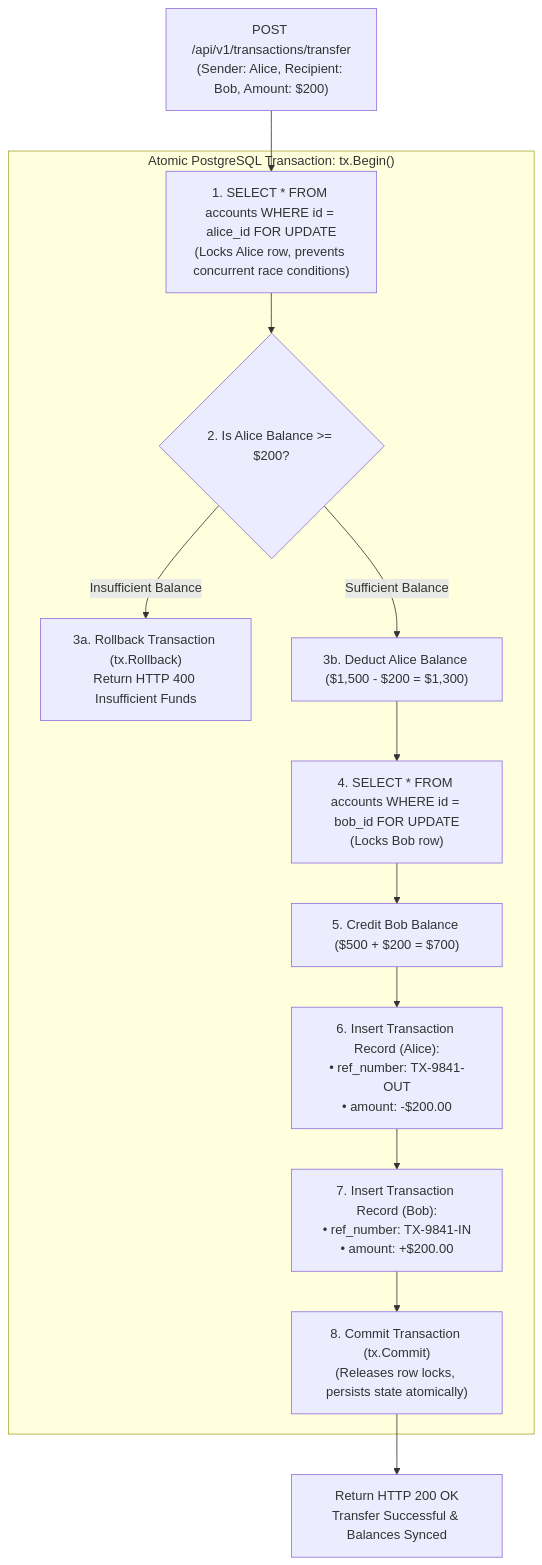
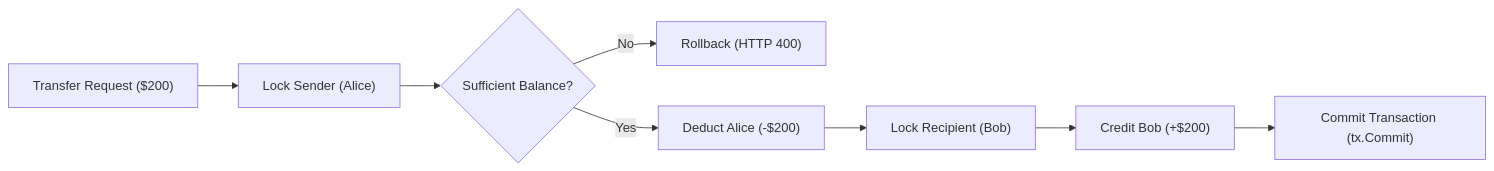
The second of 2 diagrams in backend/core/ARCHITECTURE.md (tirenn/bank), drawn with Mermaid before and after one commit. The commit also changed other lines of this file and 3 other files, not shown here.

Commit message:
docs: initialize architecture documentation for frontend and backend services

````diff
--- a/backend/core/ARCHITECTURE.md
+++ b/backend/core/ARCHITECTURE.md
@@ -101,33 +51,10 @@
 ```mermaid
-flowchart TD
-    StartTx["POST /api/v1/transactions/transfer<br/>(Sender: Alice, Recipient: Bob, Amount: $200)"]
-    
-    subgraph DBTx ["Atomic PostgreSQL Transaction: tx.Begin()"]
-        LockSender["1. SELECT * FROM accounts WHERE id = alice_id FOR UPDATE<br/>(Locks Alice row, prevents concurrent race conditions)"]
-        CheckBalance{"2. Is Alice Balance >= $200?"}
-        
-        OverdraftError["3a. Rollback Transaction (tx.Rollback)<br/>Return HTTP 400 Insufficient Funds"]
-        
-        DeductSender["3b. Deduct Alice Balance ($1,500 - $200 = $1,300)"]
-        LockRecipient["4. SELECT * FROM accounts WHERE id = bob_id FOR UPDATE<br/>(Locks Bob row)"]
-        CreditRecipient["5. Credit Bob Balance ($500 + $200 = $700)"]
-        
-        CreateSenderLog["6. Insert Transaction Record (Alice):<br/>• ref_number: TX-9841-OUT<br/>• amount: -$200.00"]
-        CreateRecipientLog["7. Insert Transaction Record (Bob):<br/>• ref_number: TX-9841-IN<br/>• amount: +$200.00"]
-        
-        CommitTx["8. Commit Transaction (tx.Commit)<br/>(Releases row locks, persists state atomically)"]
-    end
-
-    SuccessResponse["Return HTTP 200 OK<br/>Transfer Successful & Balances Synced"]
-
-    StartTx --> LockSender
-    LockSender --> CheckBalance
-    CheckBalance -- Insufficient Balance --> OverdraftError
-    CheckBalance -- Sufficient Balance --> DeductSender
-    DeductSender --> LockRecipient
-    LockRecipient --> CreditRecipient
-    CreditRecipient --> CreateSenderLog
-    CreateSenderLog --> CreateRecipientLog
-    CreateRecipientLog --> CommitTx
-    CommitTx --> SuccessResponse
+flowchart LR
+    TransferReq["Transfer Request ($200)"] --> LockSender["Lock Sender (Alice)"]
+    LockSender --> CheckBalance{"Sufficient Balance?"}
+    CheckBalance -- "No" --> Rollback["Rollback (HTTP 400)"]
+    CheckBalance -- "Yes" --> Deduct["Deduct Alice (-$200)"]
+    Deduct --> LockRecipient["Lock Recipient (Bob)"]
+    LockRecipient --> Credit["Credit Bob (+$200)"]
+    Credit --> Commit["Commit Transaction (tx.Commit)"]
 ```
````
